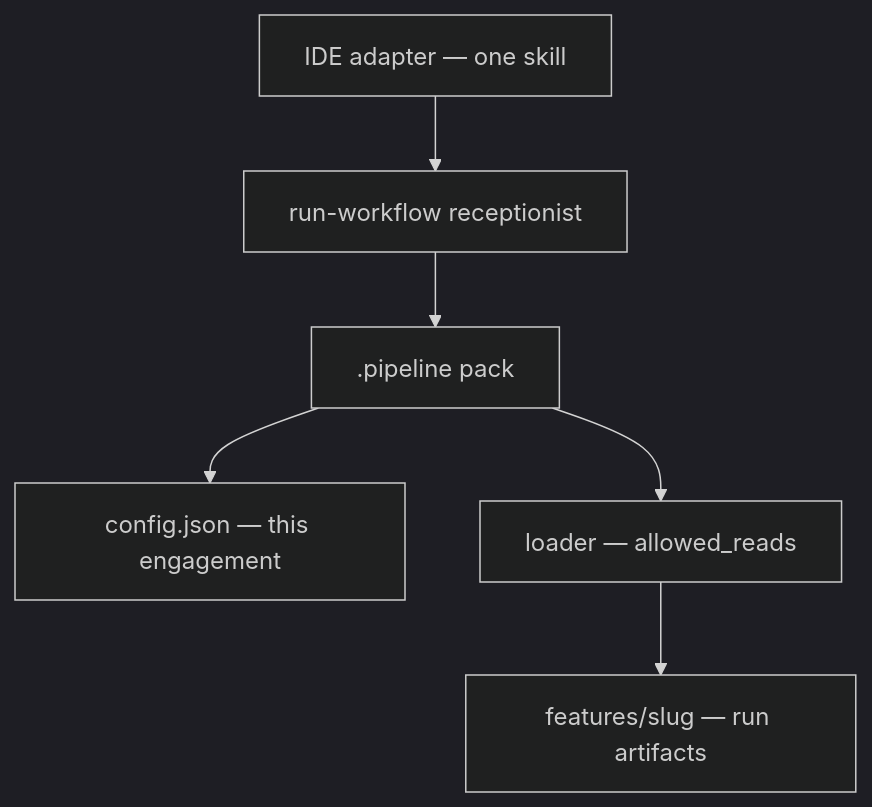
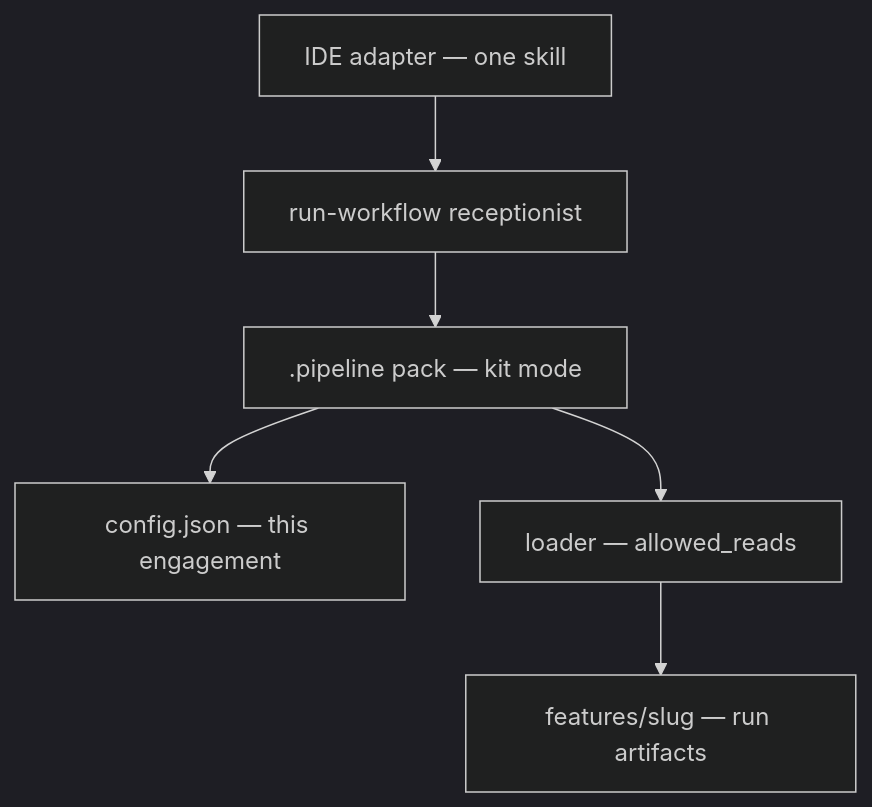
The first of 2 diagrams in website/docs/intro/how-it-works.md (digitalneedstech/ai-sdlc-workflow-harness-manager), drawn with Mermaid (dark theme) before and after one commit. The commit also changed other lines of this file and 16 other files, not shown here.

````diff
--- a/website/docs/intro/how-it-works.md
+++ b/website/docs/intro/how-it-works.md
@@ -6,12 +8,12 @@
 ```mermaid
 flowchart TD
   ide["IDE adapter — one skill"]
   run["run-workflow receptionist"]
-  pack[".pipeline pack"]
+  pack[".pipeline pack — kit mode"]
   cfg["config.json — this engagement"]
   loader["loader — allowed_reads"]
   feat["features/slug — run artifacts"]
   ide --> run --> pack
   pack --> cfg
   pack --> loader --> feat
 ```
````
